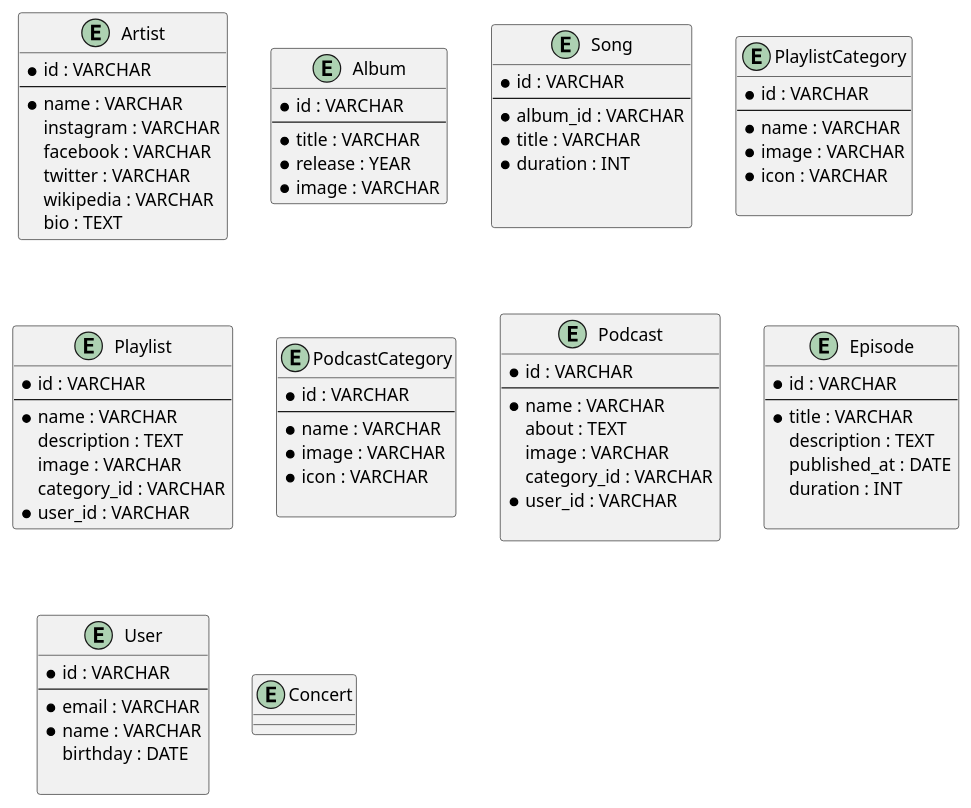
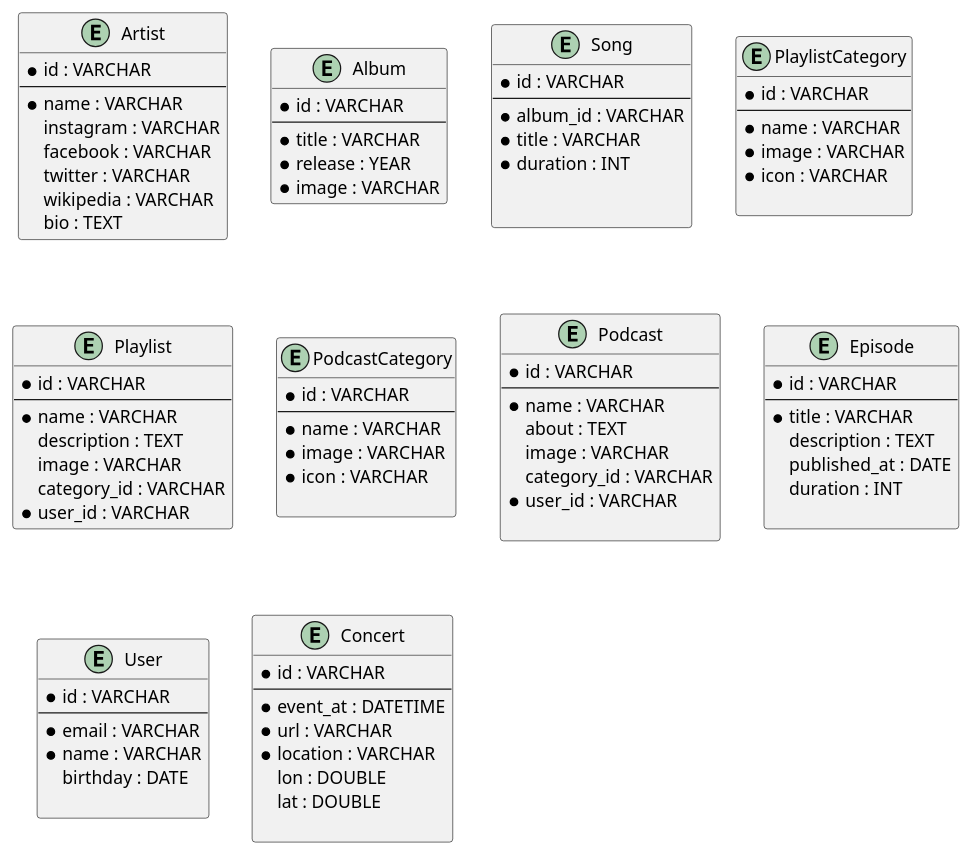
Before and after one commit to hanifiamdev/plantUML: the diagram in spotify.puml, drawn with PlantUML.

Commit message:
Menentukan Attribute Entity Concert

```diff
--- a/spotify.puml
+++ b/spotify.puml
@@ -1,96 +1,100 @@
 @startuml
 entity Artist {
     * id : VARCHAR
     --
     * name : VARCHAR
     instagram : VARCHAR
     facebook : VARCHAR
     twitter : VARCHAR
     wikipedia : VARCHAR
     bio : TEXT
 }
 
 entity Album {
     * id : VARCHAR
     --
     * title : VARCHAR
     * release : YEAR
     * image : VARCHAR
 }
 
 entity Song {
     * id : VARCHAR
     --
     * album_id : VARCHAR
     * title : VARCHAR
     * duration : INT
 
 
 }
 
 entity PlaylistCategory {
     * id : VARCHAR
     --
     * name : VARCHAR
     * image : VARCHAR
     * icon : VARCHAR
 
 }
 
 
 entity Playlist {
     * id : VARCHAR
     --
     * name : VARCHAR
     description : TEXT
     image : VARCHAR
     category_id : VARCHAR
     * user_id : VARCHAR
 }
 
 entity PodcastCategory {
     * id : VARCHAR
     --
     * name : VARCHAR
     * image : VARCHAR
     * icon : VARCHAR
 
 }
 
 entity Podcast {
     * id : VARCHAR
     --
     * name : VARCHAR
     about : TEXT
     image : VARCHAR
     category_id : VARCHAR
     * user_id : VARCHAR
 
 }
 
 entity Episode {
     * id : VARCHAR
     --
     * title : VARCHAR
     description : TEXT
     published_at : DATE
     duration : INT
 
 }
 
 entity User {
     * id : VARCHAR
     --
     * email : VARCHAR
     * name : VARCHAR
     birthday : DATE
 
 }
 
 entity Concert {
-
+   * id : VARCHAR
+   --
+   * event_at : DATETIME
+   * url : VARCHAR
+   * location : VARCHAR
+   lon : DOUBLE
+   lat : DOUBLE
 
 }
-
-
 @enduml
```
